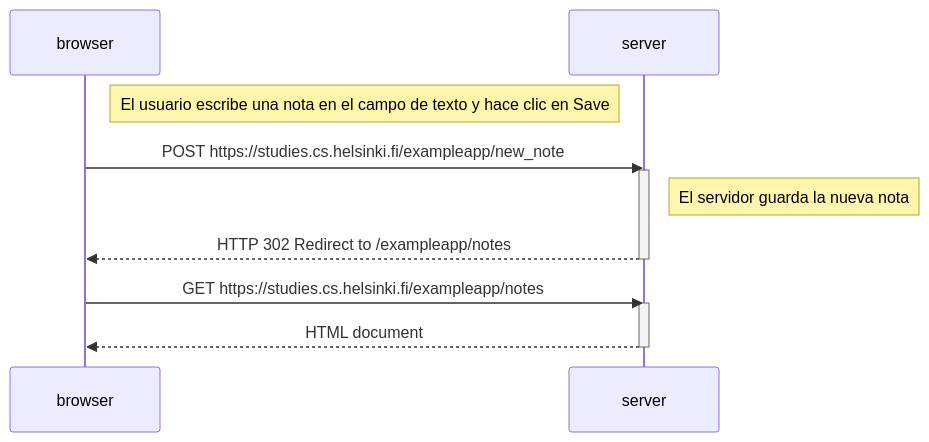
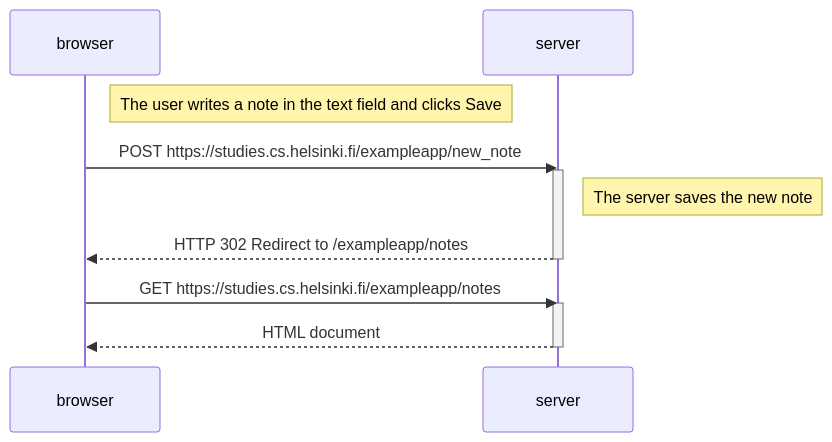
One commit to S4MU3L-ROM/Full-Stack-open changed the diagram in Part 0/Part0.md. Above: the diagram before and after it, drawn with Mermaid. The commit also changed other lines of this file, not shown here.

````diff
--- a/Part 0/Part0.md
+++ b/Part 0/Part0.md
@@ -3,18 +3,18 @@
 ```mermaid
 sequenceDiagram
     participant browser
     participant server
 
-    Note right of browser: El usuario escribe una nota en el campo de texto y hace clic en Save
+    Note right of browser: The user writes a note in the text field and clicks Save
 
     browser->>server: POST https://studies.cs.helsinki.fi/exampleapp/new_note
     activate server
-    Note right of server: El servidor guarda la nueva nota
+    Note right of server: The server saves the new note
     server-->>browser: HTTP 302 Redirect to /exampleapp/notes
     deactivate server
 
     browser->>server: GET https://studies.cs.helsinki.fi/exampleapp/notes
     activate server
     server-->>browser: HTML document
     deactivate server
 ```
````
